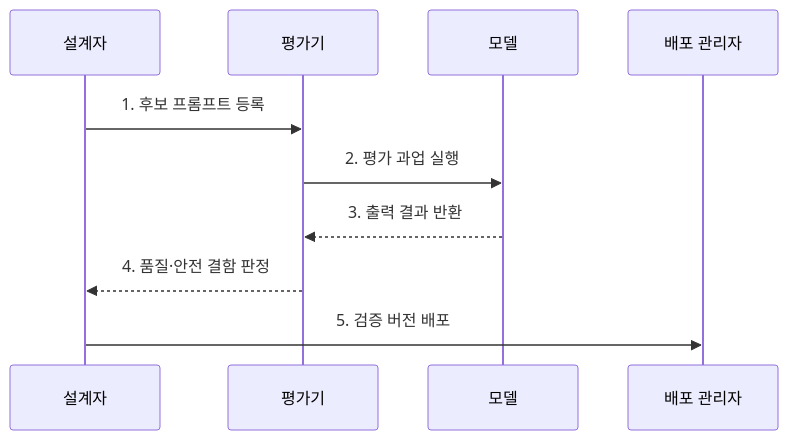
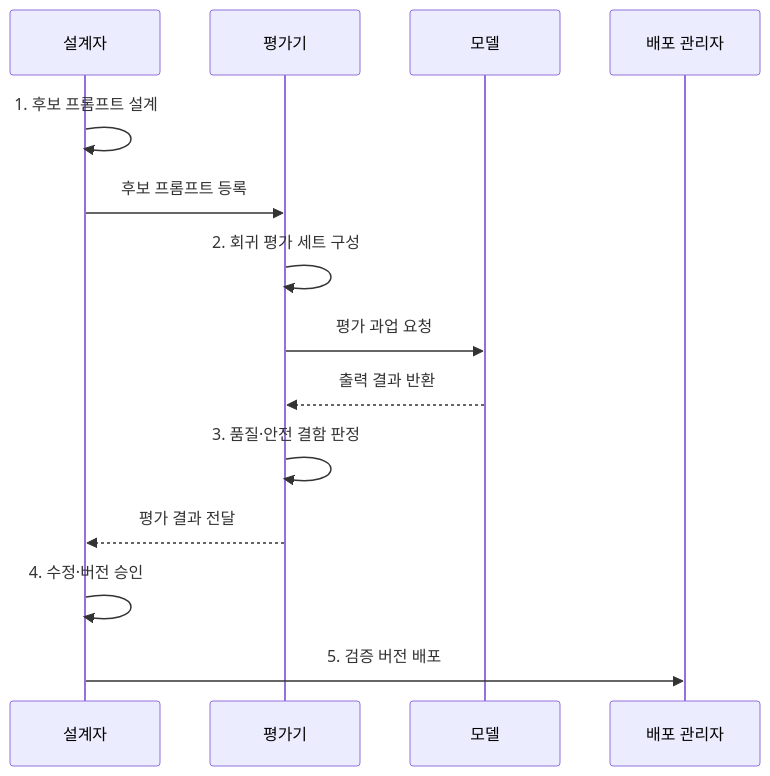
The second of 2 diagrams in src/content/docs/notes/08-latest-tech/035_prompt_engineering.md (agnusdei1207/knowledge-base), drawn with Mermaid before and after one commit. The commit also changed other lines of this file and 225 other files, not shown here.

````diff
--- a/src/content/docs/notes/08-latest-tech/035_prompt_engineering.md
+++ b/src/content/docs/notes/08-latest-tech/035_prompt_engineering.md
@@ -81,12 +82,16 @@
 ```mermaid
 sequenceDiagram
     participant D as 설계자
     participant E as 평가기
     participant M as 모델
     participant R as 배포 관리자
-    D->>E: 1. 후보 프롬프트 등록
-    E->>M: 2. 평가 과업 실행
-    M-->>E: 3. 출력 결과 반환
-    E-->>D: 4. 품질·안전 결함 판정
+    D->>D: 1. 후보 프롬프트 설계
+    D->>E: 후보 프롬프트 등록
+    E->>E: 2. 회귀 평가 세트 구성
+    E->>M: 평가 과업 요청
+    M-->>E: 출력 결과 반환
+    E->>E: 3. 품질·안전 결함 판정
+    E-->>D: 평가 결과 전달
+    D->>D: 4. 수정·버전 승인
     D->>R: 5. 검증 버전 배포
 ```
````
